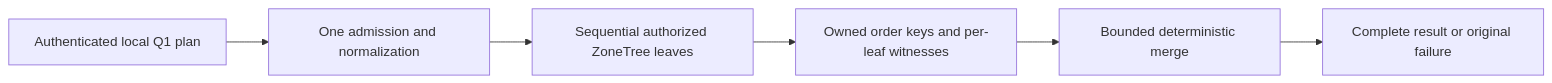
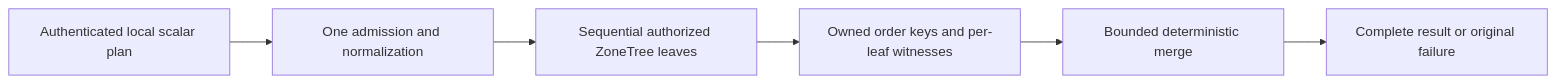
One commit to managedcode/KeyLoad changed the diagram in docs/Features/QueryExecution/DistributedQueryExecution.md. Above: the diagram before and after it, drawn with Mermaid. The commit also changed other lines of this file and 856 other files, not shown here.

````diff
--- a/docs/Features/QueryExecution/DistributedQueryExecution.md
+++ b/docs/Features/QueryExecution/DistributedQueryExecution.md
@@ -144,8 +144,8 @@
 ```mermaid
 flowchart LR
-    P[Authenticated local Q1 plan] --> V[One admission and normalization]
+    P[Authenticated local scalar plan] --> V[One admission and normalization]
     V --> L[Sequential authorized ZoneTree leaves]
     L --> W[Owned order keys and per-leaf witnesses]
     W --> M[Bounded deterministic merge]
     M --> R[Complete result or original failure]
 ```
````
